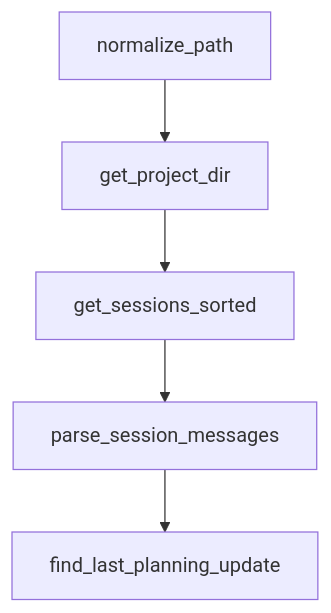
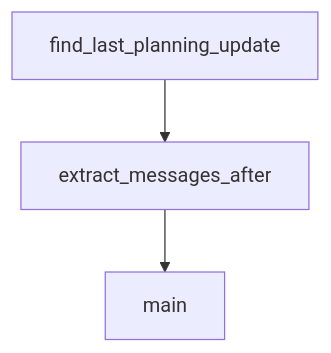
The diagram in tutorials/planning-with-files-tutorial/08-contribution-workflow-and-team-adoption.md (johnxie/awesome-code-docs), drawn with Mermaid before and after one commit. The commit also changed other lines of this file and 1232 other files, not shown here.

````diff
--- a/tutorials/planning-with-files-tutorial/08-contribution-workflow-and-team-adoption.md
+++ b/tutorials/planning-with-files-tutorial/08-contribution-workflow-and-team-adoption.md
@@ -223,12 +180,8 @@
 ```mermaid
 flowchart TD
-    A[normalize_path]
-    B[get_project_dir]
-    C[get_sessions_sorted]
-    D[parse_session_messages]
-    E[find_last_planning_update]
+    A[find_last_planning_update]
+    B[extract_messages_after]
+    C[main]
     A --> B
     B --> C
-    C --> D
-    D --> E
 ```
````
